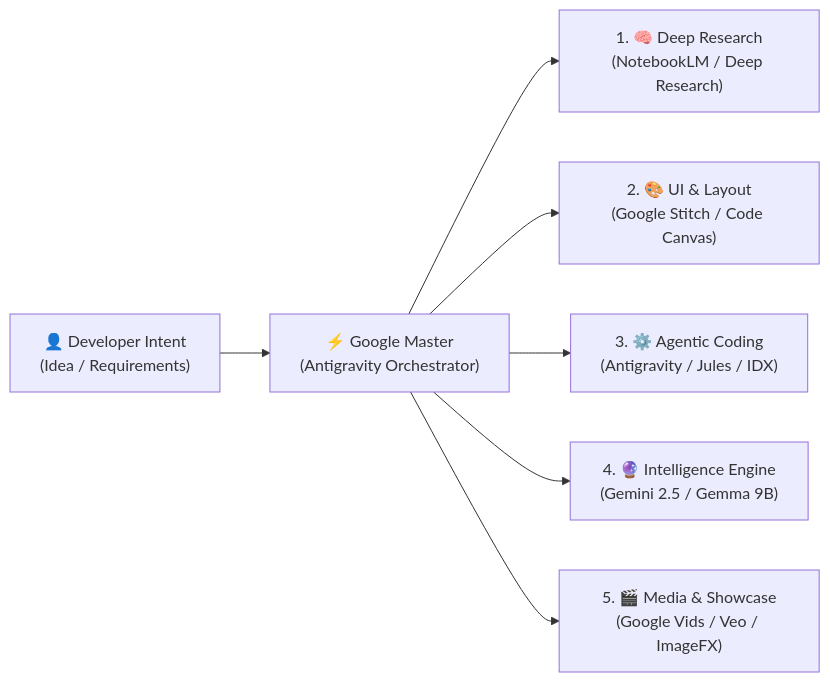
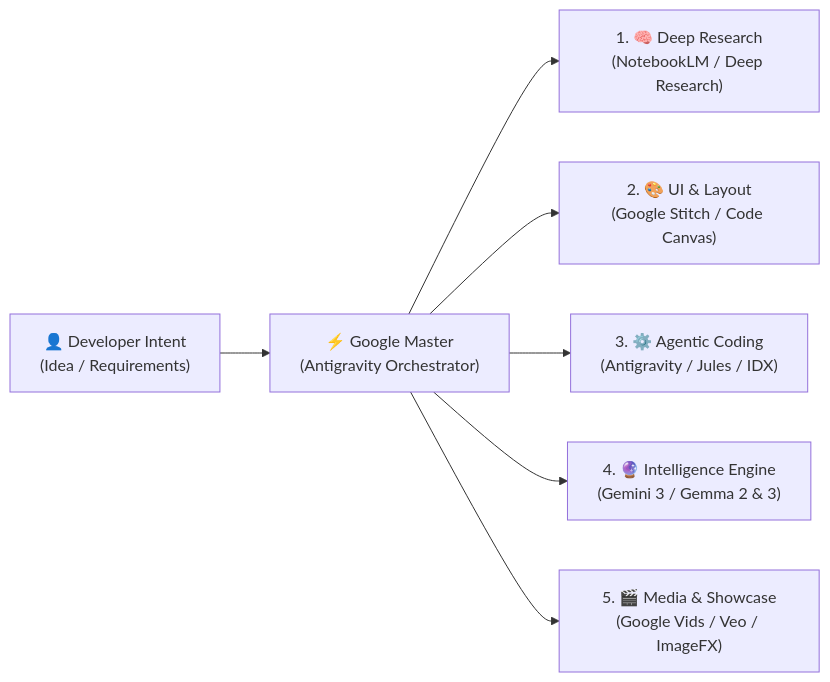
The diagram in README.md (DrHomeRender/google-Master), drawn with Mermaid before and after one commit. The commit also changed other lines of this file and 3 other files, not shown here.

Commit message:
docs: establish defensible ecosystem positioning and update to Gemini 3 & Gemma 2/3 specs

````diff
--- a/README.md
+++ b/README.md
@@ -36,10 +51,10 @@
 ```mermaid
 flowchart LR
     A["👤 Developer Intent\n(Idea / Requirements)"] --> B["⚡ Google Master\n(Antigravity Orchestrator)"]
     
     B --> P1["1. 🧠 Deep Research\n(NotebookLM / Deep Research)"]
     B --> P2["2. 🎨 UI & Layout\n(Google Stitch / Code Canvas)"]
     B --> P3["3. ⚙️ Agentic Coding\n(Antigravity / Jules / IDX)"]
-    B --> P4["4. 🔮 Intelligence Engine\n(Gemini 2.5 / Gemma 9B)"]
+    B --> P4["4. 🔮 Intelligence Engine\n(Gemini 3 / Gemma 2 & 3)"]
     B --> P5["5. 🎬 Media & Showcase\n(Google Vids / Veo / ImageFX)"]
 ```
````
